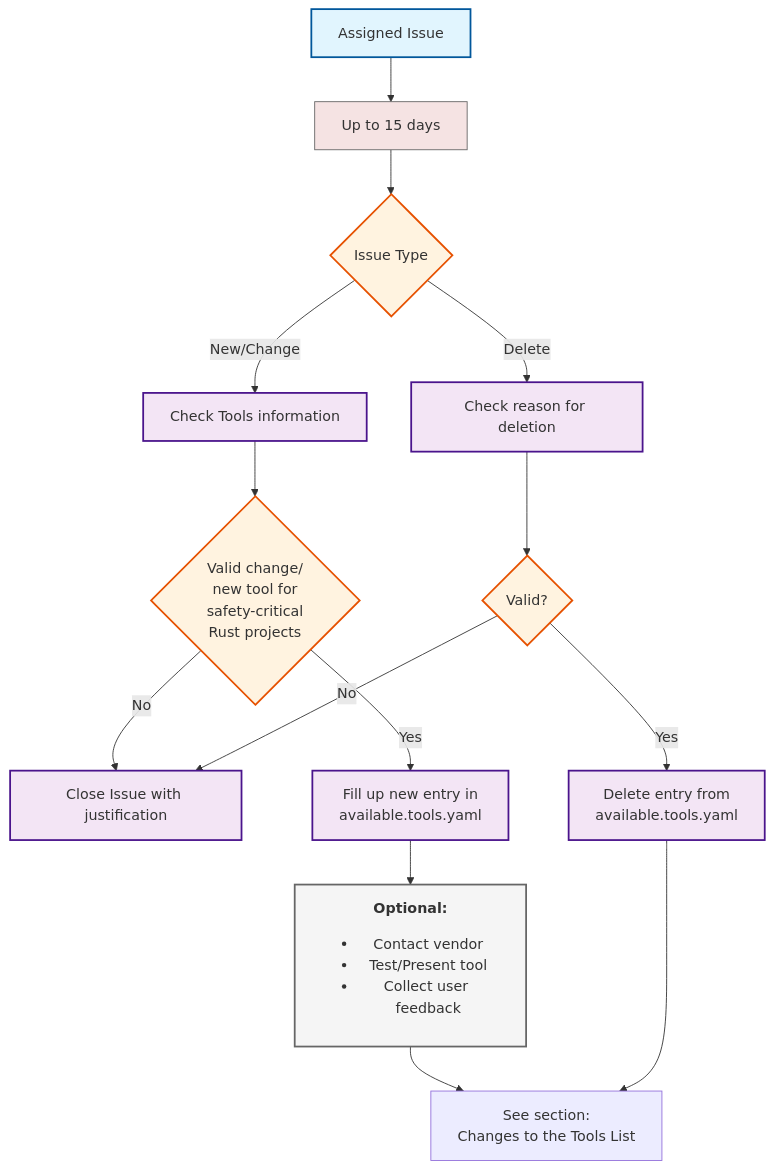
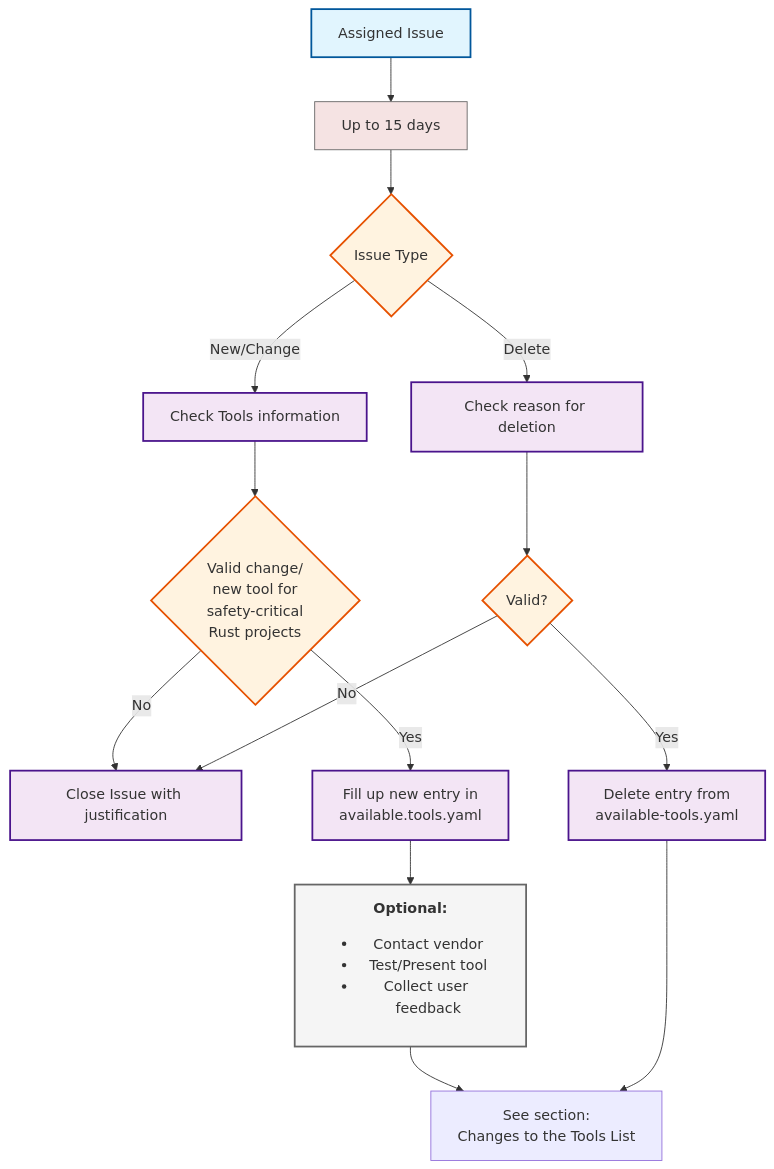
Before and after one commit to rustfoundation/safety-critical-rust-consortium: the second of 4 diagrams in arewesafetycriticalyet.org/docs/tooling/rfc-tools-review.md, drawn with Mermaid.

````diff
--- a/arewesafetycriticalyet.org/docs/tooling/rfc-tools-review.md
+++ b/arewesafetycriticalyet.org/docs/tooling/rfc-tools-review.md
@@ -61,36 +61,36 @@
 ```mermaid
 flowchart TD
     %% Review New Issues Phase
     B0[Assigned Issue] --> B1[Up to 15 days]
     B1 --> B2{Issue Type}
     B2 --> |New/Change| B4[Check Tools information]
     B2 --> |Delete| B3[Check reason for deletion]
     
     %% New/Change Path
     B4 --> B5{Valid change/<br/>new tool for<br/>safety-critical<br/>Rust projects}
     B5 --> |No| B6[Close Issue with justification]
     B5 --> |Yes| B7[Fill up new entry in<br/>available.tools.yaml]
     B7 --> B8[<strong>Optional:</strong><br/><ul><li>Contact vendor</li><li>Test/Present tool</li><li>Collect user feedback</li></ul>]
     
     %% Delete Path
     B3 --> B12{Valid?}
     B12 --> |No| B6
-    B12 --> |Yes| B13[Delete entry from<br/>available.tools.yaml]
+    B12 --> |Yes| B13[Delete entry from<br/>available-tools.yaml]
 
     %% PR
     B8 --> B14[See section:<br/>Changes to the Tools List]
     B13 --> B14
 
     %% Styling
     classDef actor fill:#e1f5fe,stroke:#01579b,stroke-width:2px
     classDef process fill:#f3e5f5,stroke:#4a148c,stroke-width:2px
     classDef decision fill:#fff3e0,stroke:#e65100,stroke-width:2px
     classDef optional fill:#f5f5f5,stroke:#666666,stroke-width:2px
     classDef time fill:#f5e3e3,stroke:#666666,stroke-width:1px
     
     class B0 actor
     class B8 optional
     class B2,B5,B12 decision
     class B3,B4,B6,B7,B13 process
     class B1 time
 ```
````
